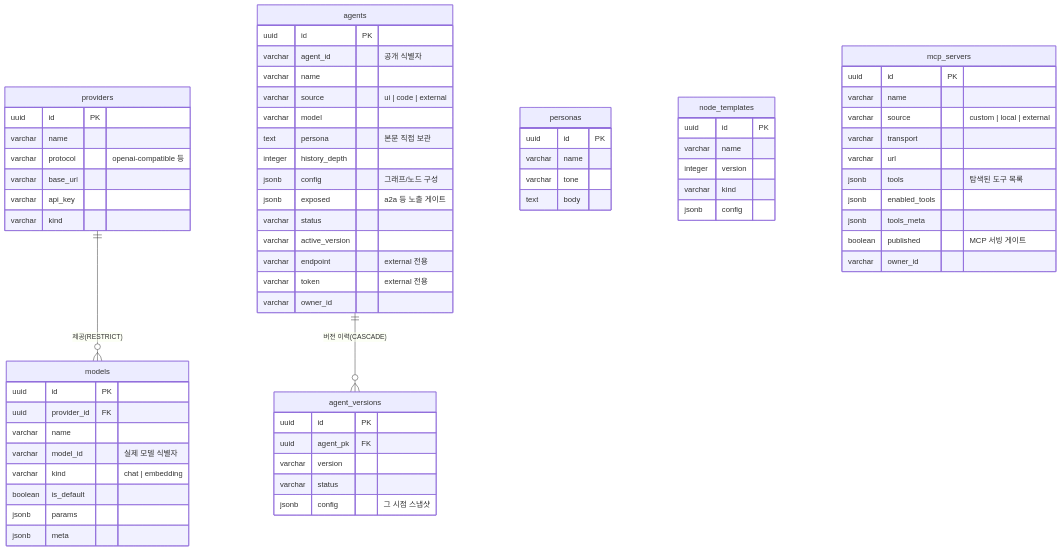
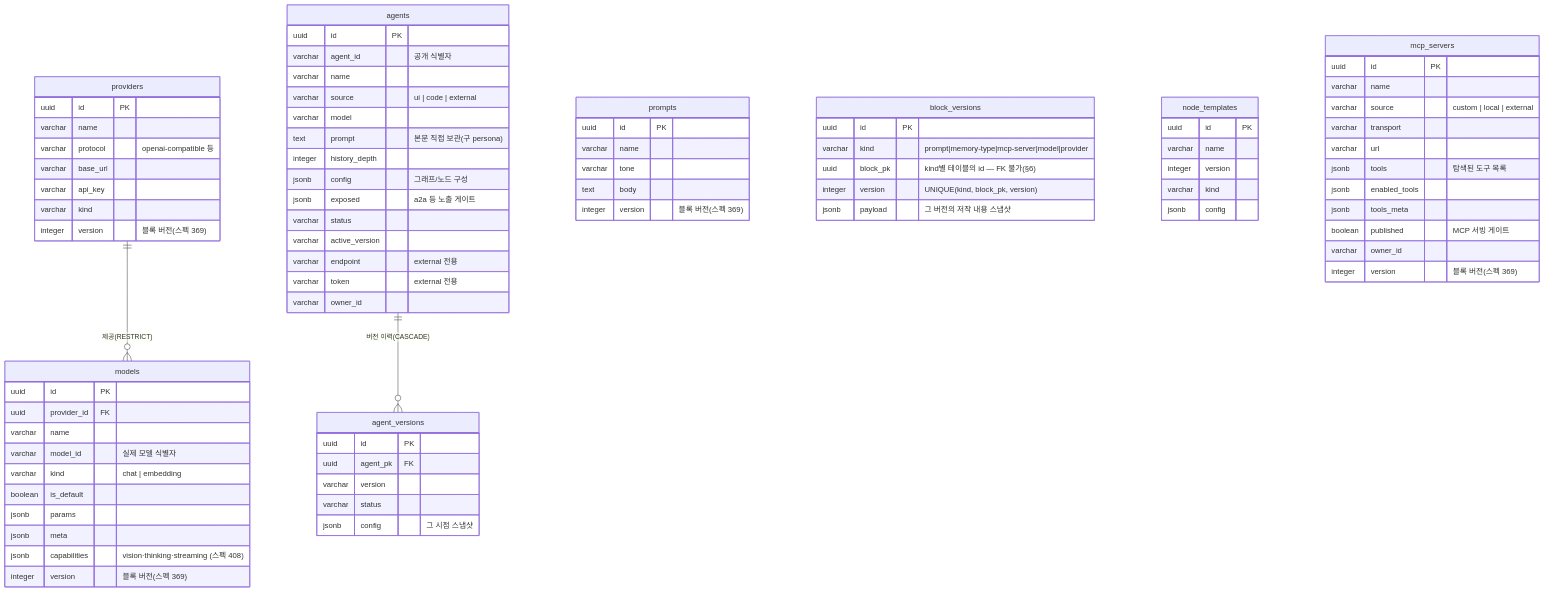
One commit to loveqoo/my-agents changed the second of 6 diagrams in docs/db-model.md. Above: the diagram before and after it, drawn with Mermaid. The commit also changed other lines of this file and 23 other files, not shown here.

````diff
--- a/docs/db-model.md
+++ b/docs/db-model.md
@@ -67,6 +72,7 @@
         varchar base_url
         varchar api_key
         varchar kind
+        integer version "블록 버전(스펙 369)"
     }
     models {
         uuid id PK
@@ -77,6 +83,8 @@
         boolean is_default
         jsonb params
         jsonb meta
+        jsonb capabilities "vision·thinking·streaming (스펙 408)"
+        integer version "블록 버전(스펙 369)"
     }
     agents {
         uuid id PK
@@ -84,7 +92,7 @@
         varchar name
         varchar source "ui | code | external"
         varchar model
-        text persona "본문 직접 보관"
+        text prompt "본문 직접 보관(구 persona)"
         integer history_depth
         jsonb config "그래프/노드 구성"
         jsonb exposed "a2a 등 노출 게이트"
@@ -101,11 +109,19 @@
         varchar status
         jsonb config "그 시점 스냅샷"
     }
-    personas {
+    prompts {
         uuid id PK
         varchar name
         varchar tone
         text body
+        integer version "블록 버전(스펙 369)"
+    }
+    block_versions {
+        uuid id PK
+        varchar kind "prompt|memory-type|mcp-server|model|provider"
+        uuid block_pk "kind별 테이블의 id — FK 불가(§6)"
+        integer version "UNIQUE(kind, block_pk, version)"
+        jsonb payload "그 버전의 저작 내용 스냅샷"
     }
     node_templates {
         uuid id PK
@@ -125,5 +141,6 @@
         jsonb tools_meta
         boolean published "MCP 서빙 게이트"
         varchar owner_id
+        integer version "블록 버전(스펙 369)"
     }
 ```
````
